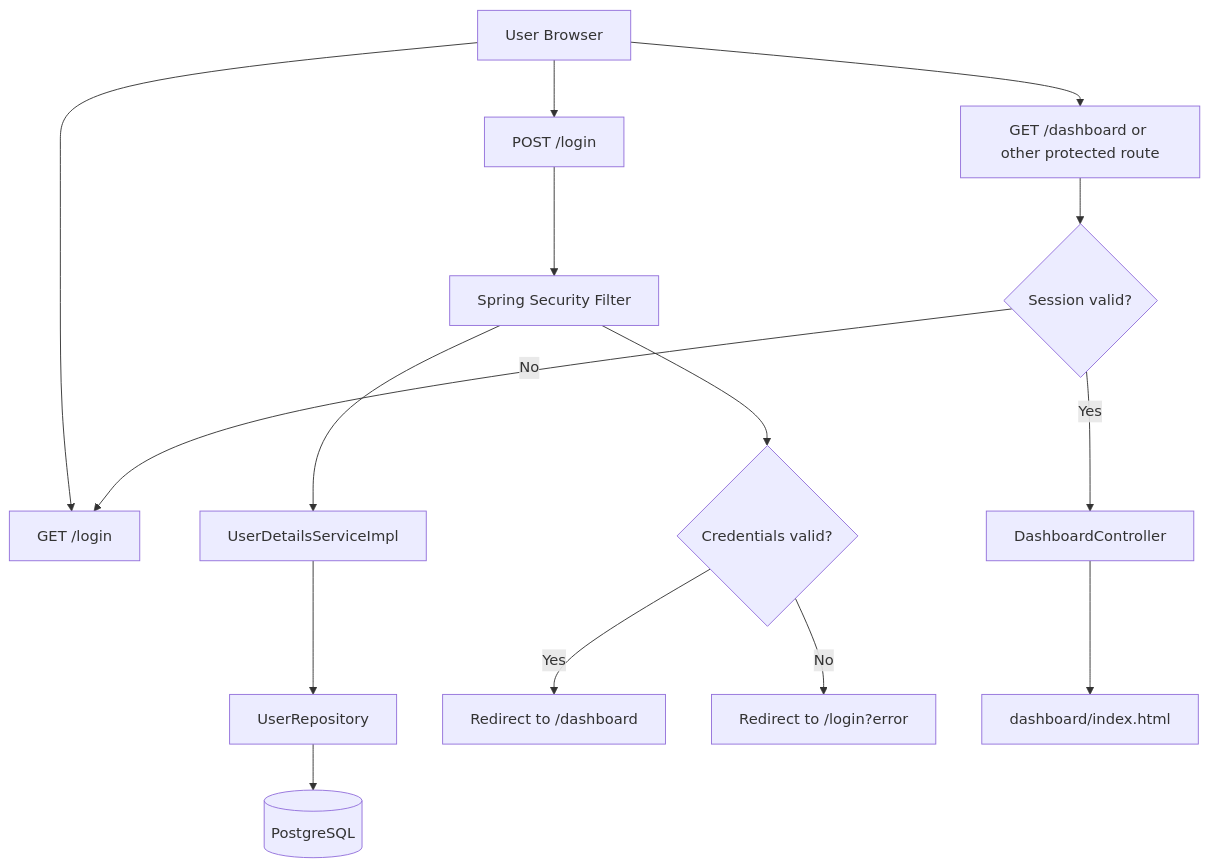
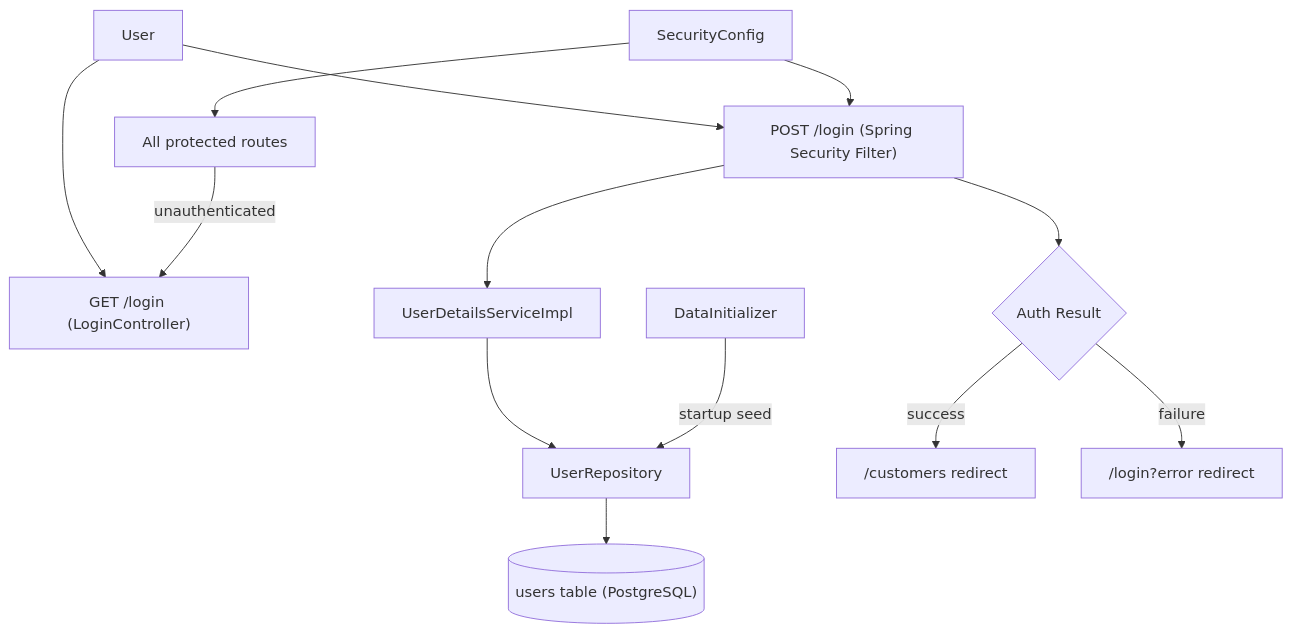
Before and after one commit to alexaugustobr/spec-driven-development-demo-customer-crud: the diagram in docs/F01-authentication-system/spec.md, drawn with Mermaid. The commit also changed other lines of this file and 1 other file, not shown here.

````diff
--- a/docs/F01-authentication-system/spec.md
+++ b/docs/F01-authentication-system/spec.md
@@ -51,17 +40,15 @@
 ```mermaid
 graph TD
-    A[User Browser] --> B["GET /login"]
-    A --> C["POST /login"]
-    C --> D[Spring Security Filter]
-    D --> E[UserDetailsServiceImpl]
-    E --> F[UserRepository]
-    F --> G[(PostgreSQL)]
-    D --> H{Credentials valid?}
-    H -- Yes --> I["Redirect to /dashboard"]
-    H -- No --> J["Redirect to /login?error"]
-    A --> K["GET /dashboard or other protected route"]
-    K --> L{Session valid?}
-    L -- No --> B
-    L -- Yes --> M[DashboardController]
-    M --> N["dashboard/index.html"]
+    A[User] --> B["GET /login (LoginController)"]
+    A --> C["POST /login (Spring Security Filter)"]
+    C --> D[UserDetailsServiceImpl]
+    D --> E[UserRepository]
+    E --> F[("users table (PostgreSQL)")]
+    C --> G{Auth Result}
+    G -->|success| H["/customers redirect"]
+    G -->|failure| I["/login?error redirect"]
+    J[DataInitializer] -->|startup seed| E
+    K[SecurityConfig] --> C
+    K --> L["All protected routes"]
+    L -->|unauthenticated| B
 ```
````
